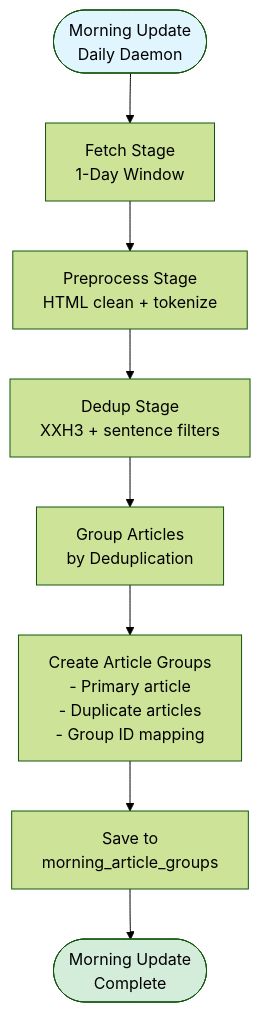
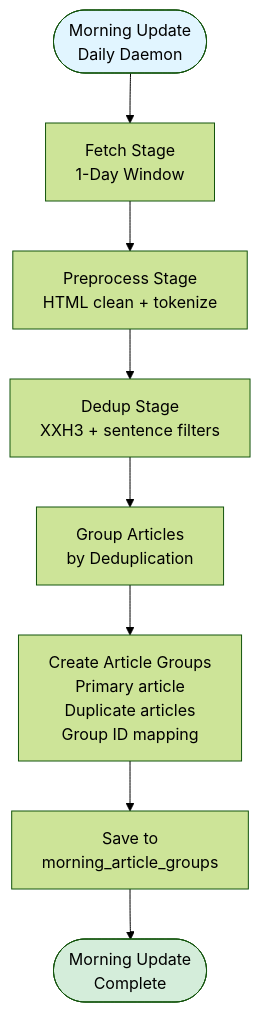
Before and after one commit to Kaikei-e/Alt: the fourth of 5 diagrams in recap-worker/recap-worker/PIPELINE_FLOW.md, drawn with Mermaid (forest theme). The commit also changed other lines of this file, not shown here.

First line of the commit message:
docs: Update pipeline flow documentation in PIPELINE_FLOW.md

````diff
--- a/recap-worker/recap-worker/PIPELINE_FLOW.md
+++ b/recap-worker/recap-worker/PIPELINE_FLOW.md
@@ -216,19 +216,19 @@
 ```mermaid
 flowchart TB
     MorningStart([Morning Update<br/>Daily Daemon]) --> MorningFetch[Fetch Stage<br/>1-Day Window]
 
     MorningFetch --> MorningPreprocess[Preprocess Stage<br/>HTML clean + tokenize]
 
     MorningPreprocess --> MorningDedup[Dedup Stage<br/>XXH3 + sentence filters]
 
     MorningDedup --> GroupArticles[Group Articles<br/>by Deduplication]
 
-    GroupArticles --> CreateGroups[Create Article Groups<br/>- Primary article<br/>- Duplicate articles<br/>- Group ID mapping]
+    GroupArticles --> CreateGroups["Create Article Groups<br/>Primary article<br/>Duplicate articles<br/>Group ID mapping"]
 
     CreateGroups --> SaveGroups[Save to<br/>morning_article_groups]
 
     SaveGroups --> MorningEnd([Morning Update<br/>Complete])
 
     style MorningStart fill:#e1f5ff
     style MorningEnd fill:#d4edda
 ```
````
